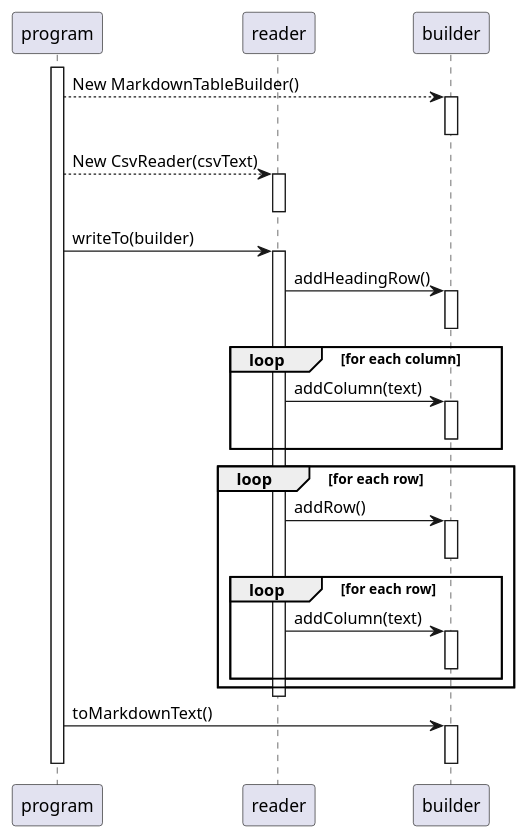
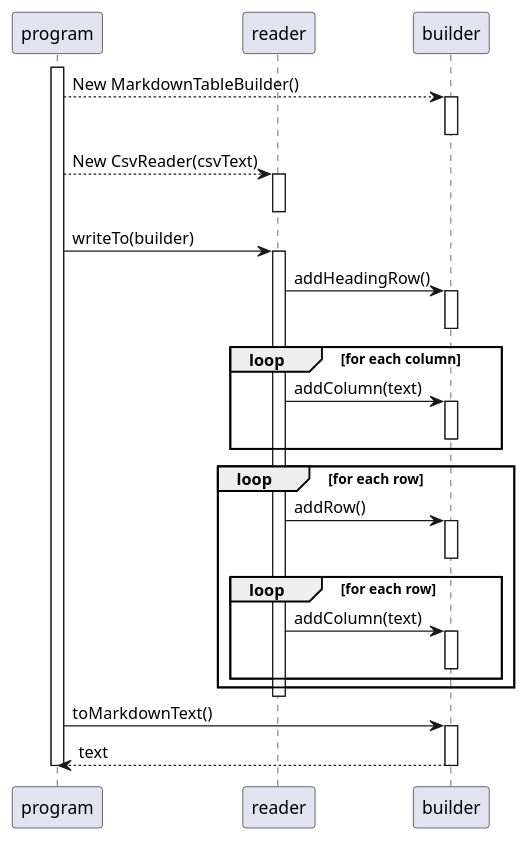
The diagram in Sequence_PolyBuilder.wsd (eunminlee/example_UML), drawn with PlantUML before and after one commit. The commit also changed 1 other file, not shown here.

```diff
--- a/Sequence_PolyBuilder.wsd
+++ b/Sequence_PolyBuilder.wsd
@@ -1,47 +1,49 @@
 @startuml MarkdownTableBuilder
 participant program order 10
 participant reader order 25
 participant builder order 30
 
 activate program
 
 program --> builder : New MarkdownTableBuilder()
 activate builder
 deactivate builder
 
 program --> reader : New CsvReader(csvText)
 activate reader
 deactivate reader
 
 program -> reader : writeTo(builder)
 activate reader
 
 
 reader -> builder : addHeadingRow()
 activate builder
 deactivate builder
 loop for each column
 
     reader -> builder : addColumn(text)
     activate builder
     deactivate builder
 end
 loop for each row
     
     reader -> builder : addRow()
     activate builder
     deactivate builder
     loop for each row
         
         reader -> builder : addColumn(text)
         activate builder
         deactivate builder
     end
 end
 deactivate reader
 
 program -> builder : toMarkdownText()
 activate builder
+builder --> program : text
 deactivate builder
+
 deactivate program
 @enduml
```
